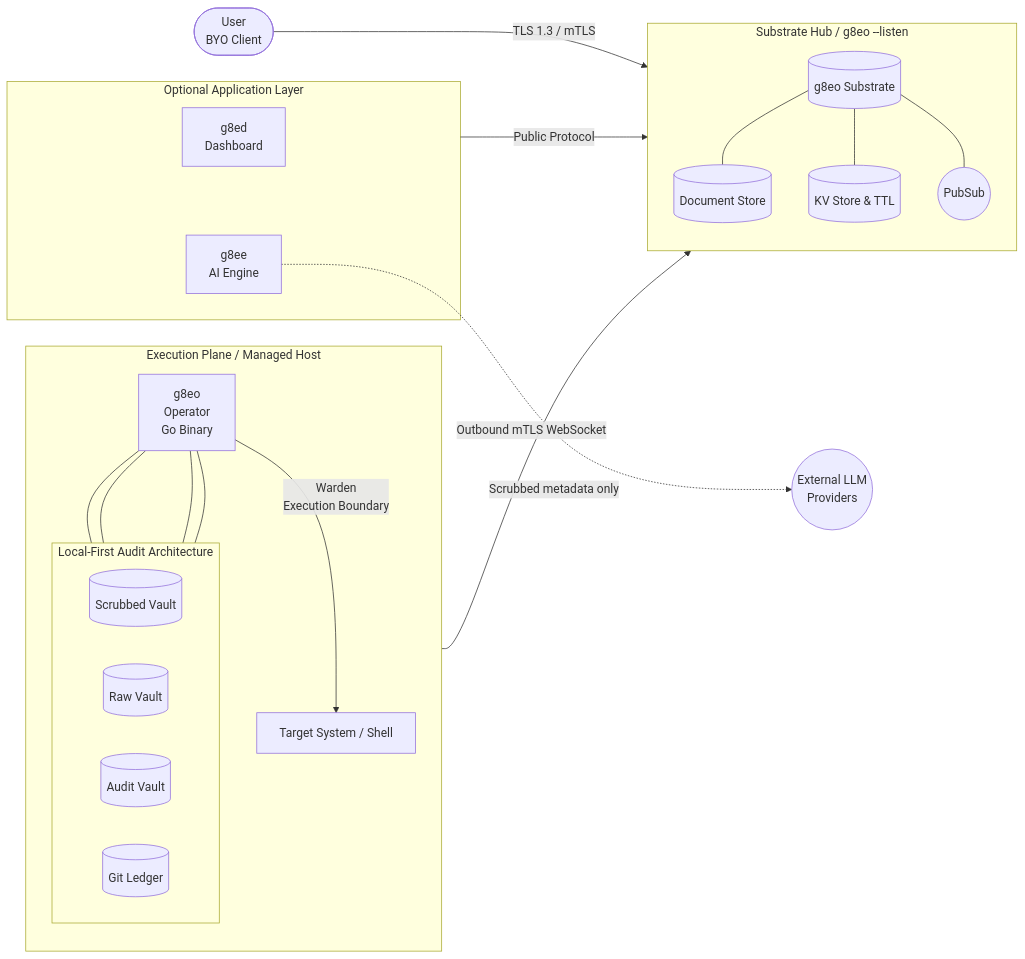
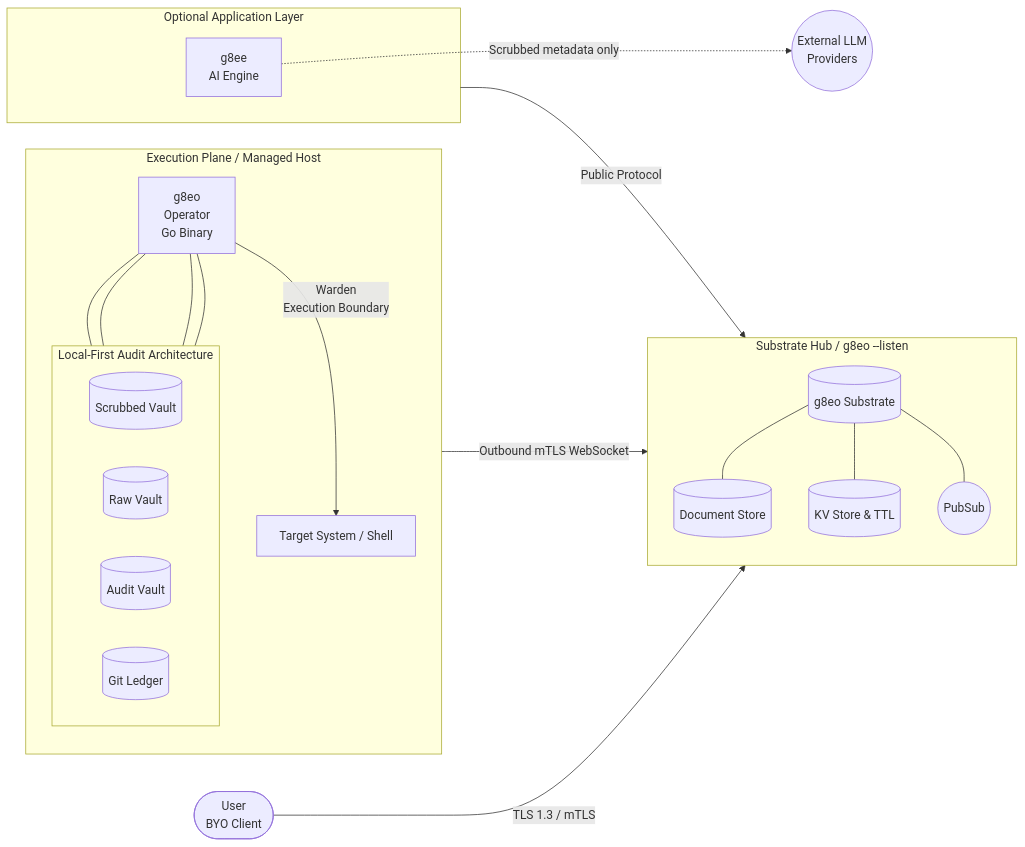
One commit to g8e-ai/g8e changed the second of 2 diagrams in README.md. Above: the diagram before and after it, drawn with Mermaid. The commit also changed other lines of this file and 36 other files, not shown here.

````diff
--- a/README.md
+++ b/README.md
@@ -87,44 +87,43 @@
 ```mermaid
 flowchart LR
     User([User<br>BYO Client])
 
     subgraph Exec_Plane [Execution Plane / Managed Host]
         direction TB
         g8eo[g8eo<br>Operator<br>Go Binary]
 
         HostOS[Target System / Shell]
         g8eo -- "Warden<br>Execution Boundary" --> HostOS
 
         subgraph LFAA [Local-First Audit Architecture]
             direction LR
             Scrubbed[(Scrubbed Vault)]
             Raw[(Raw Vault)]
             Audit[(Audit Vault)]
             Ledger[(Git Ledger)]
         end
 
         g8eo --- Scrubbed & Raw & Audit & Ledger
     end
 
     subgraph Substrate_Hub [Substrate Hub / g8eo --listen]
         direction TB
         Listen[(g8eo Substrate)]
         DS[(Document Store)]
         KS[(KV Store & TTL)]
         PS((PubSub))
 
         Listen --- DS & KS & PS
     end
 
     subgraph Optional_Apps [Optional Application Layer]
-        g8ed[g8ed<br>Dashboard]
         g8ee[g8ee<br>AI Engine]
     end
 
     LLM((External LLM<br>Providers))
 
     User -- "TLS 1.3 / mTLS" --> Listen
     g8eo -- "Outbound mTLS WebSocket" --> Listen
     Optional_Apps -- "Public Protocol" --> Listen
     g8ee -. "Scrubbed metadata only" .-> LLM
 ```
````
